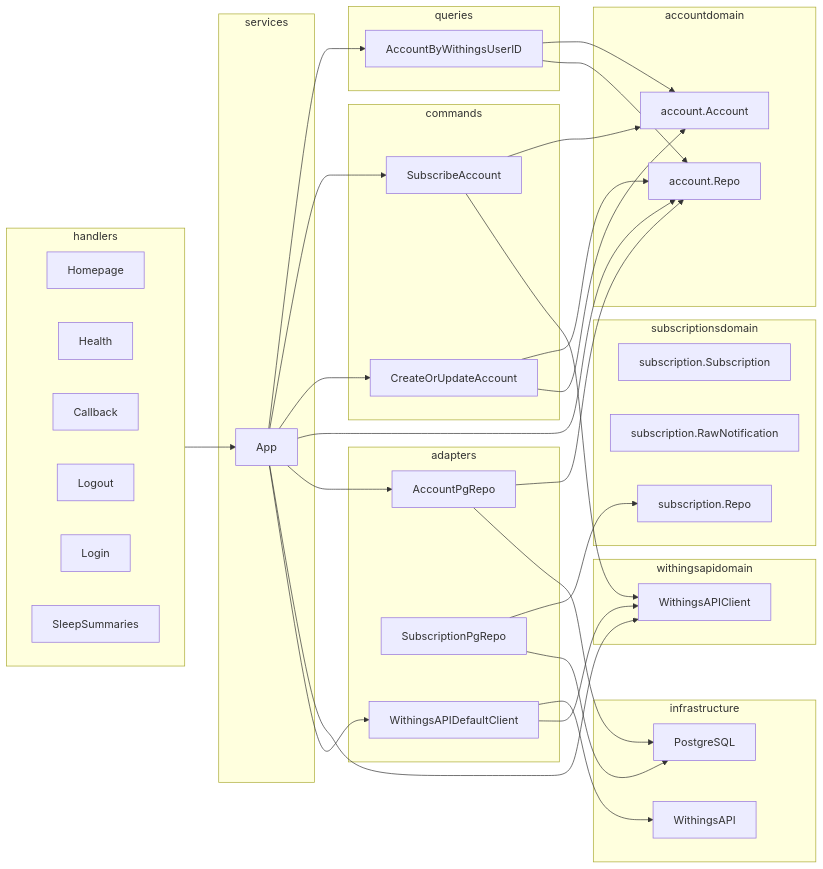
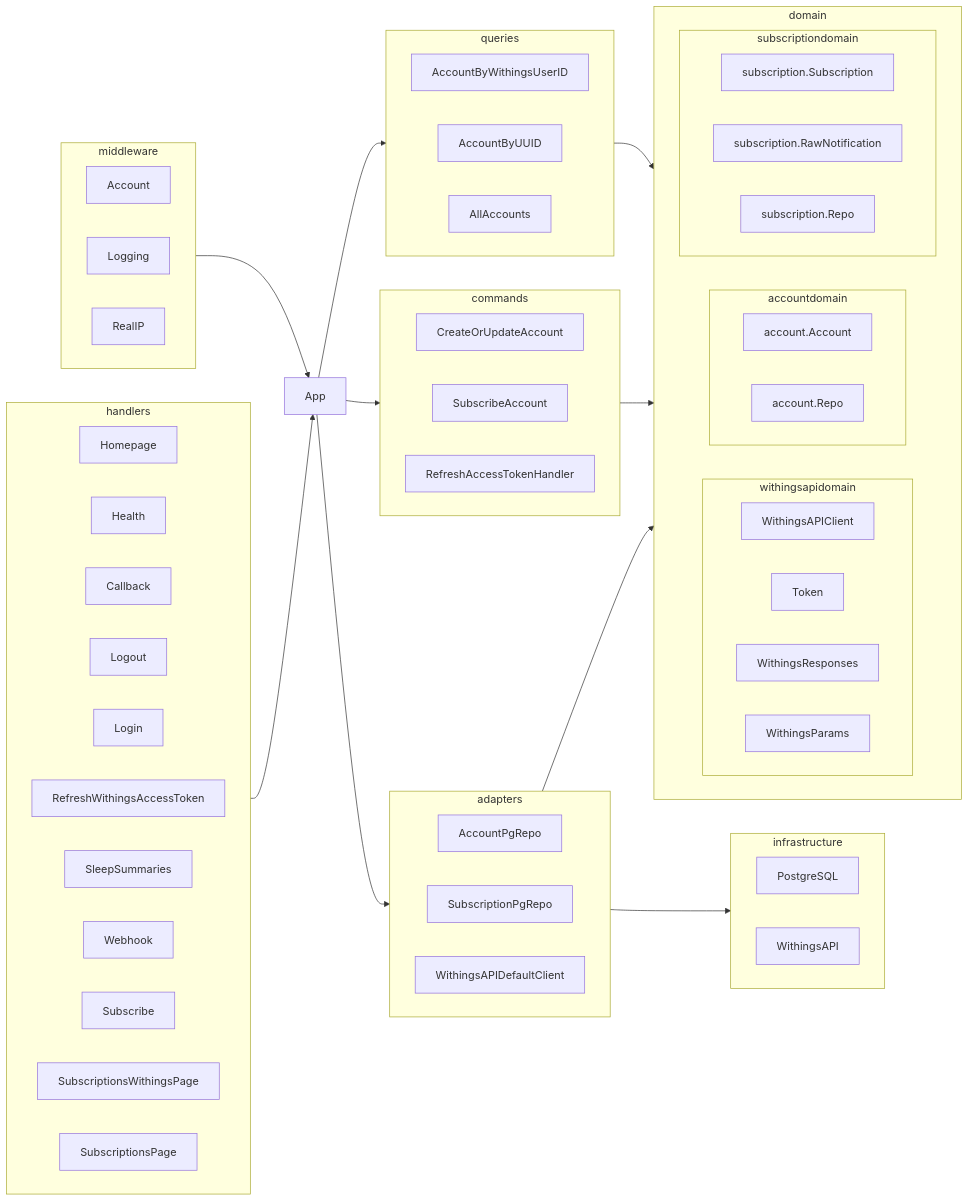
The diagram in docs/ddd-architecture.md (roessland/withoutings), drawn with Mermaid before and after one commit. The commit also changed 20 other files, not shown here.

````diff
--- a/docs/ddd-architecture.md
+++ b/docs/ddd-architecture.md
@@ -5,57 +5,5 @@
 ```mermaid
 flowchart LR;
-
-
-subgraph withingsapidomain
-    WithingsAPIClient
-end
-
-subgraph infrastructure
-    PostgreSQL
-    WithingsAPI
-end
-
-subgraph accountdomain
-    account.Account
-    account.Repo
-end
-
-subgraph subscriptionsdomain
-    subscription.Subscription
-    subscription.RawNotification
-    subscription.Repo
-end
-
-subgraph adapters
-    AccountPgRepo-->account.Repo
-    AccountPgRepo-->PostgreSQL
-    SubscriptionPgRepo-->subscription.Repo
-    SubscriptionPgRepo-->PostgreSQL
-    WithingsAPIDefaultClient-->WithingsAPI
-    WithingsAPIDefaultClient-->WithingsAPIClient
-end
-
-subgraph commands
-    CreateOrUpdateAccount-->account.Repo
-    CreateOrUpdateAccount-->account.Account
-    SubscribeAccount-->account.Account
-    SubscribeAccount-->WithingsAPIClient
-end
-
-subgraph queries
-    AccountByWithingsUserID-->account.Account
-    AccountByWithingsUserID-->account.Repo
-end
-
-subgraph services
-    App-->AccountByWithingsUserID
-    App-->SubscribeAccount
-    App-->CreateOrUpdateAccount
-    App-->account.Repo
-    App-->AccountPgRepo
-    App-->WithingsAPIClient
-    App-->WithingsAPIDefaultClient
-end
 
 subgraph handlers
     direction LR
@@ -64,10 +12,100 @@
     Callback
     Logout
     Login
+    RefreshWithingsAccessToken
     SleepSummaries
-   
+    Webhook
+    Subscribe
+    SubscriptionsWithingsPage
+    SubscriptionsPage
 end
 handlers-->App
 
+subgraph middleware
+    direction LR
+    Account
+    Logging
+    RealIP
+end
+middleware-->App
+
+
+App-->commands
+App-->queries
+App-->adapters
+
+
+
+subgraph infrastructure
+    direction LR
+    PostgreSQL
+    WithingsAPI
+end
+
+
+subgraph adapters
+    direction LR
+    AccountPgRepo
+    AccountPgRepo
+    SubscriptionPgRepo
+    SubscriptionPgRepo
+    WithingsAPIDefaultClient
+    WithingsAPIDefaultClient
+end
+adapters-->infrastructure
+adapters-->domain
+
+
+subgraph commands
+    direction LR
+    CreateOrUpdateAccount
+    CreateOrUpdateAccount
+    SubscribeAccount
+    SubscribeAccount
+    RefreshAccessTokenHandler
+    RefreshAccessTokenHandler
+    SubscribeAccount
+end
+commands-->domain
+
+subgraph queries
+    direction LR
+    AccountByWithingsUserID
+    AccountByUUID
+    AllAccounts
+end
+queries-->domain
+
+subgraph domain
+    direction LR
+    accountdomain
+    subscriptiondomain
+    withingsapidomain
+end
+
+
+subgraph withingsapidomain
+    direction LR
+    WithingsAPIClient
+    Token
+    WithingsResponses
+    WithingsParams
+end
+
+subgraph accountdomain
+    direction LR
+    account.Account
+    account.Repo
+end
+
+subgraph subscriptiondomain
+    direction LR
+    subscription.Subscription
+    subscription.RawNotification
+    subscription.Repo
+end
+
+
+
 
 ```
````
